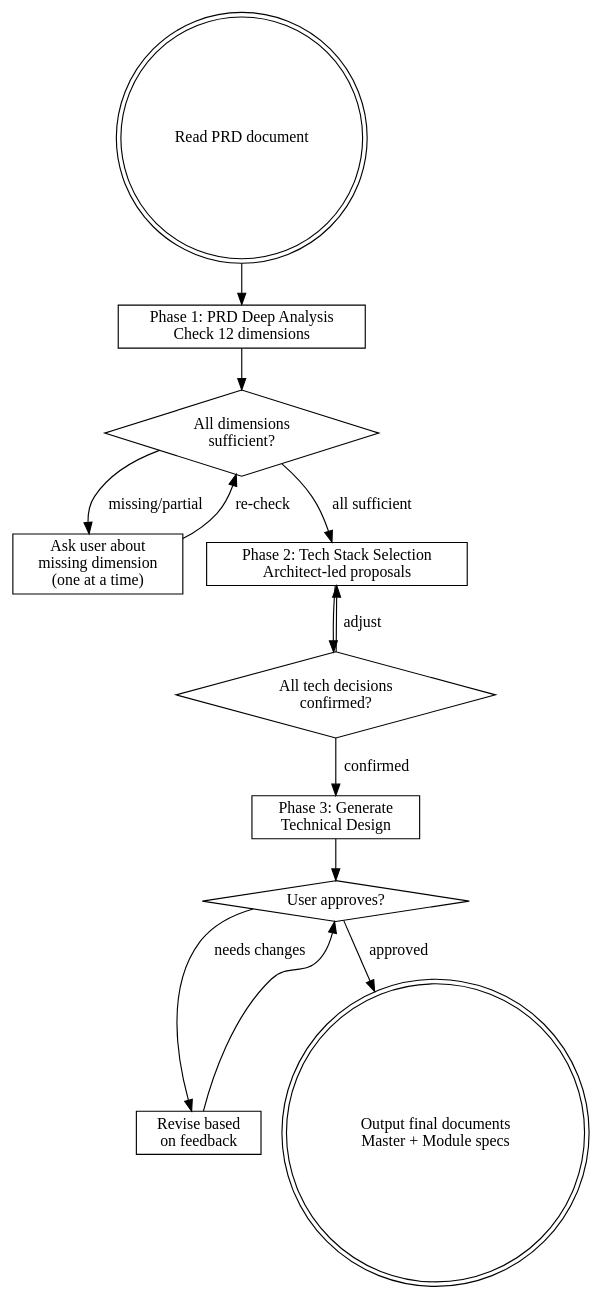
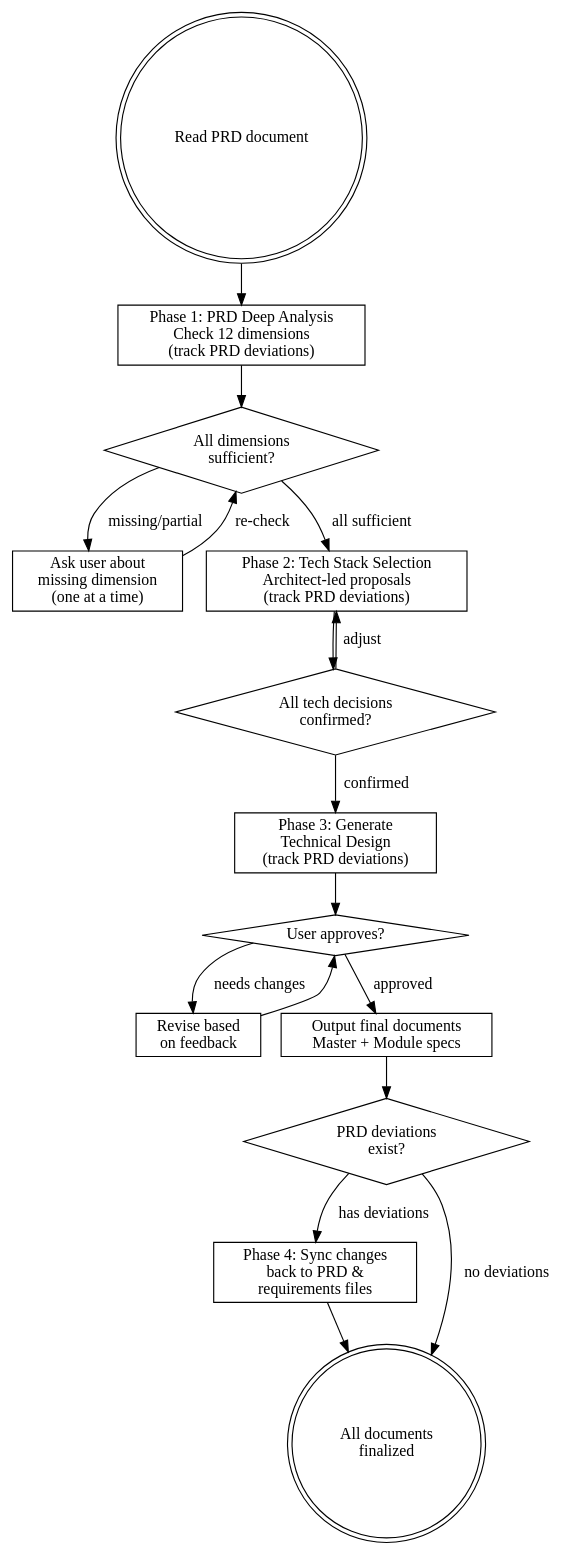
Before and after one commit to ithkeen/ithkeen-skills: the diagram in technical-design-writer/SKILL.md, drawn with Graphviz. The commit also changed other lines of this file, not shown here.

Commit message:
feat: update technical-design-writer skill

````diff
--- a/technical-design-writer/SKILL.md
+++ b/technical-design-writer/SKILL.md
@@ -41,30 +41,37 @@
 ```dot
 digraph technical_design {
     rankdir=TB;
     node [shape=box];
 
     start [label="Read PRD document" shape=doublecircle];
-    phase1 [label="Phase 1: PRD Deep Analysis\nCheck 12 dimensions"];
+    phase1 [label="Phase 1: PRD Deep Analysis\nCheck 12 dimensions\n(track PRD deviations)"];
     gap_check [label="All dimensions\nsufficient?" shape=diamond];
     ask_user [label="Ask user about\nmissing dimension\n(one at a time)"];
-    phase2 [label="Phase 2: Tech Stack Selection\nArchitect-led proposals"];
+    phase2 [label="Phase 2: Tech Stack Selection\nArchitect-led proposals\n(track PRD deviations)"];
     tech_confirm [label="All tech decisions\nconfirmed?" shape=diamond];
-    phase3 [label="Phase 3: Generate\nTechnical Design"];
+    phase3 [label="Phase 3: Generate\nTechnical Design\n(track PRD deviations)"];
     review [label="User approves?" shape=diamond];
     revise [label="Revise based\non feedback"];
-    output [label="Output final documents\nMaster + Module specs" shape=doublecircle];
+    output [label="Output final documents\nMaster + Module specs"];
+    has_changes [label="PRD deviations\nexist?" shape=diamond];
+    sync_upstream [label="Phase 4: Sync changes\nback to PRD &\nrequirements files"];
+    done [label="All documents\nfinalized" shape=doublecircle];
 
     start -> phase1;
     phase1 -> gap_check;
     gap_check -> ask_user [label="missing/partial"];
     gap_check -> phase2 [label="all sufficient"];
     ask_user -> gap_check [label="re-check"];
     phase2 -> tech_confirm;
     tech_confirm -> phase2 [label="adjust"];
     tech_confirm -> phase3 [label="confirmed"];
     phase3 -> review;
     review -> revise [label="needs changes"];
     review -> output [label="approved"];
     revise -> review;
+    output -> has_changes;
+    has_changes -> done [label="no deviations"];
+    has_changes -> sync_upstream [label="has deviations"];
+    sync_upstream -> done;
 }
 ```
````
